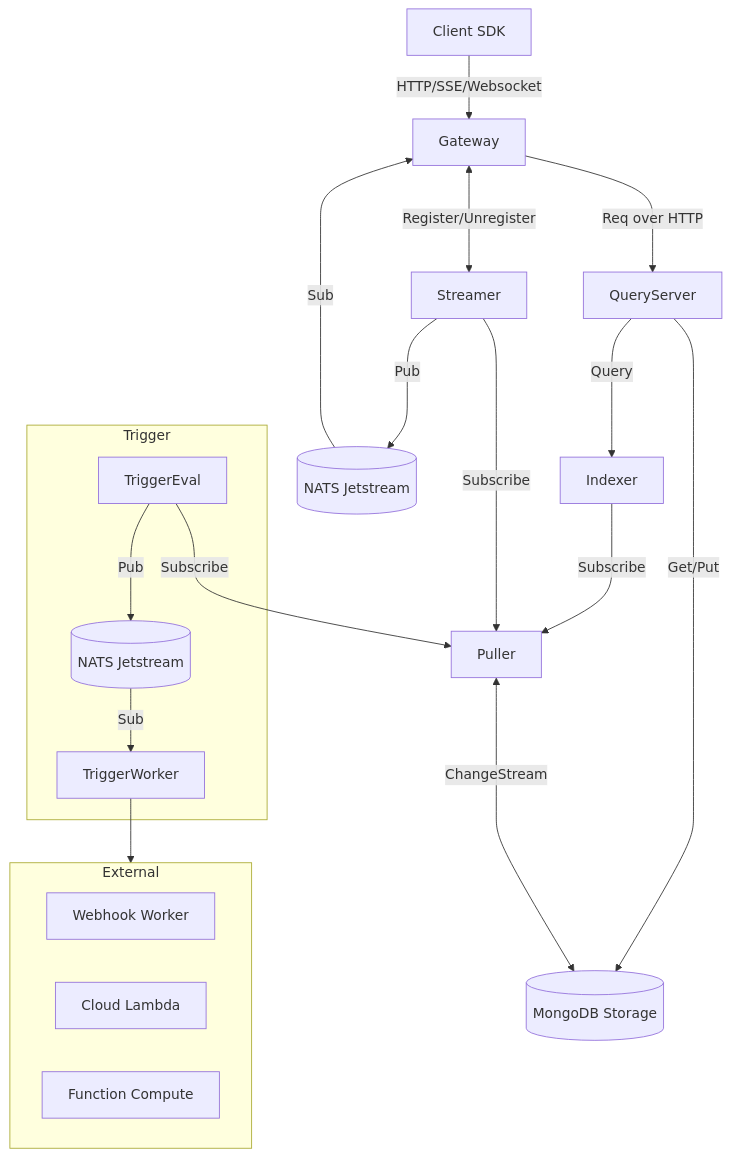
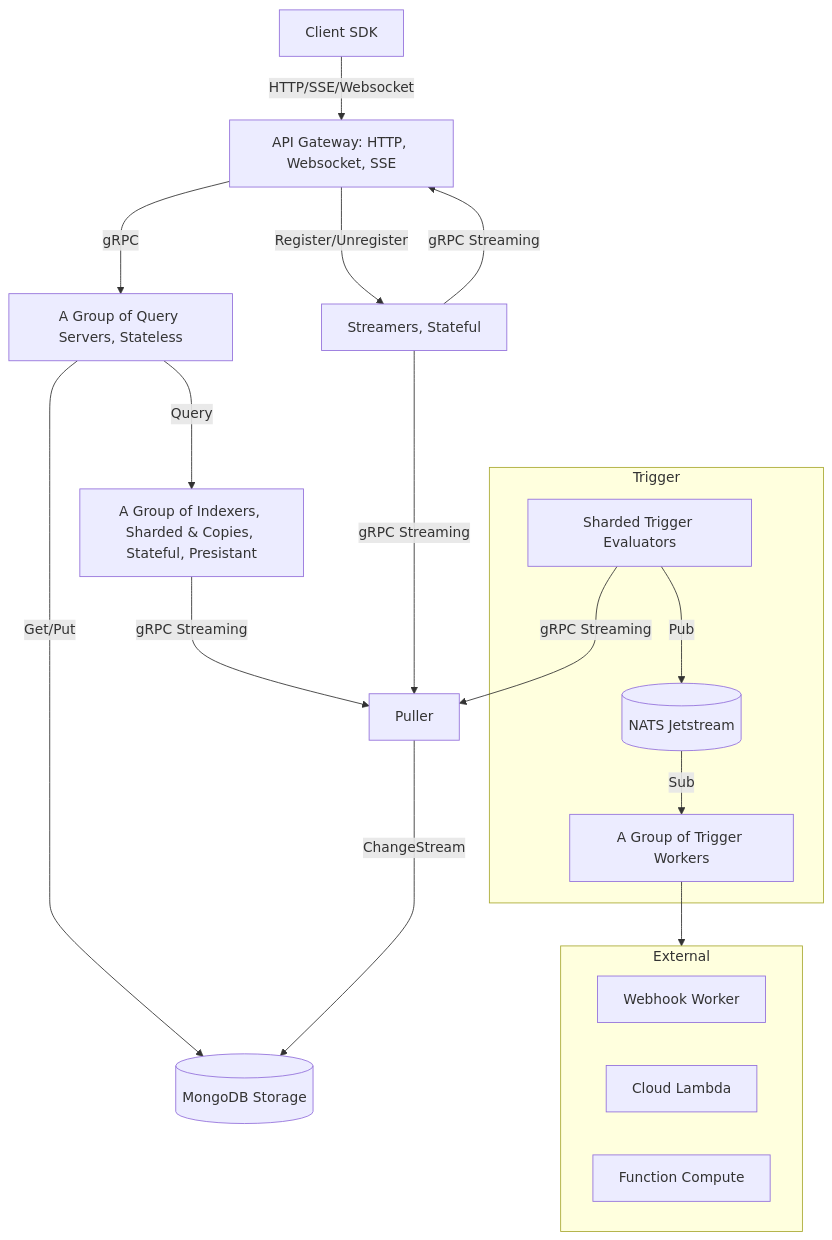
The diagram in docs/design/README.md (syntrixbase/syntrix), drawn with Mermaid before and after one commit. The commit also changed 36 other files, not shown here.

````diff
--- a/docs/design/README.md
+++ b/docs/design/README.md
@@ -7,34 +7,39 @@
 ```mermaid
 graph TB
-    Gateway[Gateway]
+    Client[Client SDK]
+    Gateway[API Gateway: HTTP, Websocket, SSE]
+    Streamer[Streamers, Stateful]
+    Indexer[A Group of Indexers, Sharded & Copies, Stateful, Presistant]
+    QueryServer[A Group of Query Servers, Stateless]
     MongoDB[(MongoDB Storage)]
-    NATS1[(NATS Jetstream)]
-    NATS2[(NATS Jetstream)]
-    Client[Client SDK]
 
     Client --> |HTTP/SSE/Websocket|Gateway
 
-    Gateway ---> |Req over HTTP| QueryServer ---> |Get/Put| MongoDB
+    Gateway ---> |gRPC| QueryServer ---> |Get/Put| MongoDB
     QueryServer ---> |Query| Indexer
-    Indexer ---> |Subscribe| Puller
+    Indexer ---> |gRPC Streaming| Puller
 
-    Gateway <---> |Register/Unregister|Streamer
-    Streamer ---> |Pub| NATS1 --> |Sub| Gateway
-    Streamer ---> |Subscribe| Puller
+    Gateway ---> |Register/Unregister|Streamer
+    Streamer ---> |gRPC Streaming| Gateway
+    Streamer ---> |gRPC Streaming| Puller
 
-    Puller <---> |ChangeStream| MongoDB
+    Puller ---> |ChangeStream| MongoDB
 
-    TriggerEval --->|Subscribe| Puller
+
+    TriggerEval --->|gRPC Streaming| Puller
+    TriggerEval ---> |Pub| NATS2 -->|Sub| TriggerWorker
+    TriggerWorker --> External
+
     subgraph Trigger
-        TriggerEval ---> |Pub| NATS2 -->|Sub| TriggerWorker
+        NATS2[(NATS Jetstream)]
+        TriggerEval[Sharded Trigger Evaluators]
+        TriggerWorker[A Group of Trigger Workers]
     end
-
-    TriggerWorker --> External
 
     subgraph External
       Webhook[Webhook Worker]
       Lambda[Cloud Lambda]
       Function[Function Compute]
     end
 
 ```
````
